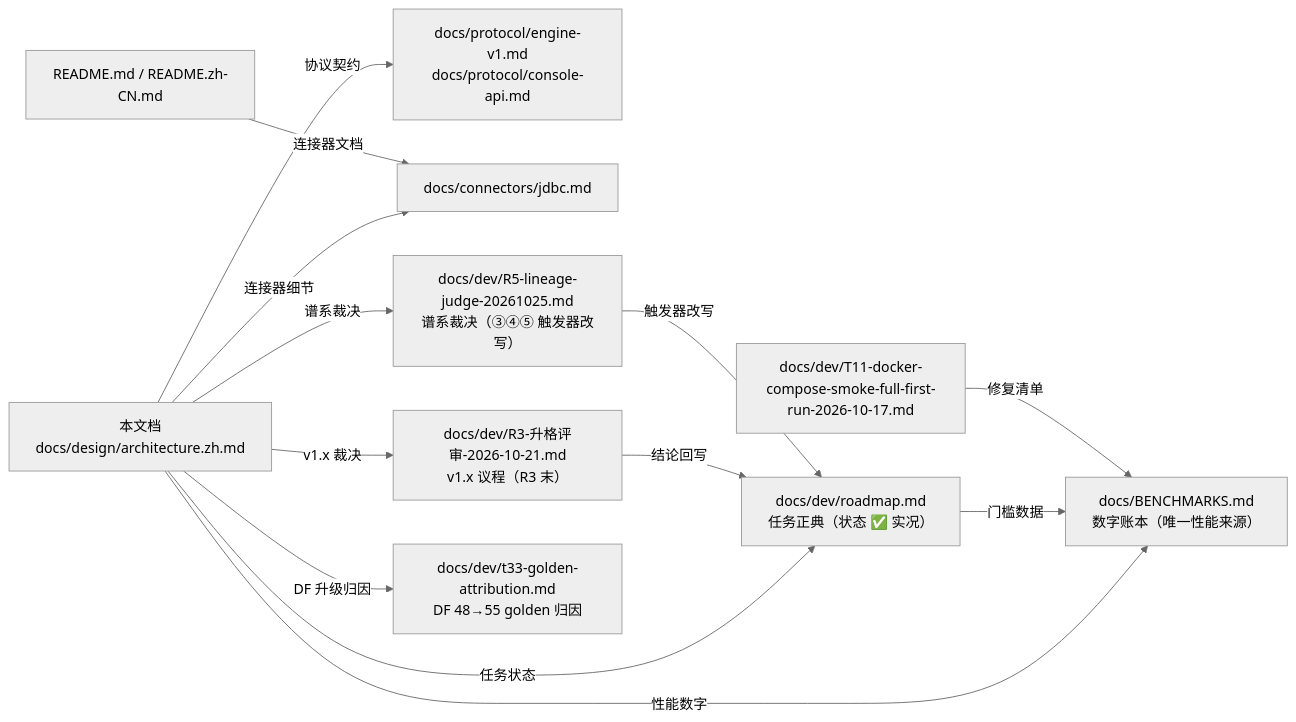
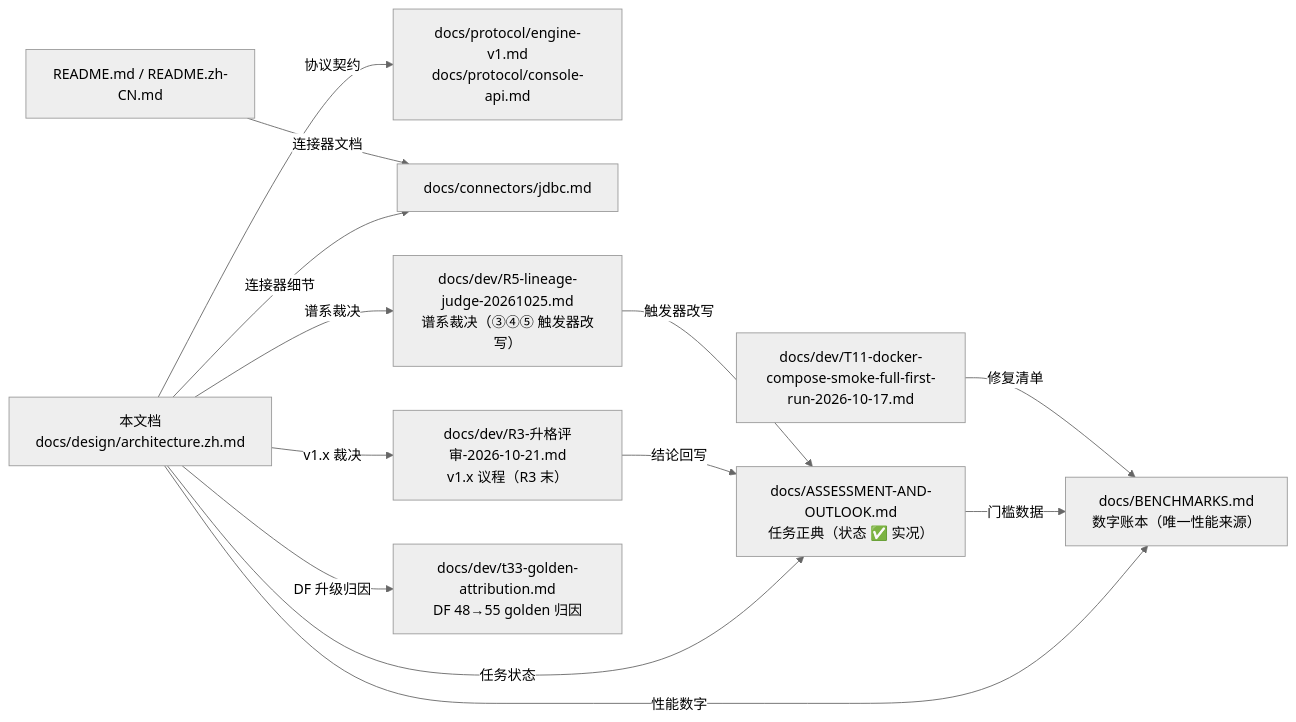
One commit to SeekerGalahad/tailrace changed the ninth of 9 diagrams in docs/design/architecture.zh.md. Above: the diagram before and after it, drawn with Mermaid (neutral theme). The commit also changed other lines of this file and 9 other files, not shown here.

Commit message:
docs: 公私仓文档分离——移除 6 个内部过程档到私仓（roadmap/立项草案/升格评审/T11 事故档/谱系裁决/发布验证）+ 新增 dev/README 定位说明 + 修正全部残留引用（architecture/ASSESSMENT/mdBook）

````diff
--- a/docs/design/architecture.zh.md
+++ b/docs/design/architecture.zh.md
@@ -609,25 +609,25 @@
 ```mermaid
 flowchart LR
   ARCH["本文档<br/>docs/design/architecture.zh.md"]
-  ROAD["docs/dev/roadmap.md<br/>任务正典（状态 ✅ 实况）"]
+  ROAD["docs/ASSESSMENT-AND-OUTLOOK.md<br/>任务正典（状态 ✅ 实况）"]
   BENCH["docs/BENCHMARKS.md<br/>数字账本（唯一性能来源）"]
   PROTO["docs/protocol/engine-v1.md<br/>docs/protocol/console-api.md"]
   CONN["docs/connectors/jdbc.md"]
   T18M["docs/dev/R3-升格评审-2026-10-21.md<br/>v1.x 议程（R3 末）"]
   T36M["docs/dev/R5-lineage-judge-20261025.md<br/>谱系裁决（③④⑤ 触发器改写）"]
   T33A["docs/dev/t33-golden-attribution.md<br/>DF 48→55 golden 归因"]
   T11M["docs/dev/T11-docker-compose-smoke-full-first-run-2026-10-17.md"]
   README["README.md / README.zh-CN.md"]
   ARCH -->|"任务状态"| ROAD
   ARCH -->|"性能数字"| BENCH
   ARCH -->|"协议契约"| PROTO
   ARCH -->|"连接器细节"| CONN
   ARCH -->|"v1.x 裁决"| T18M
   ARCH -->|"谱系裁决"| T36M
   ARCH -->|"DF 升级归因"| T33A
   ROAD -->|"门槛数据"| BENCH
   T18M -->|"结论回写"| ROAD
   T36M -->|"触发器改写"| ROAD
   T11M -->|"修复清单"| BENCH
   README -->|"连接器文档"| CONN
 ```
````
